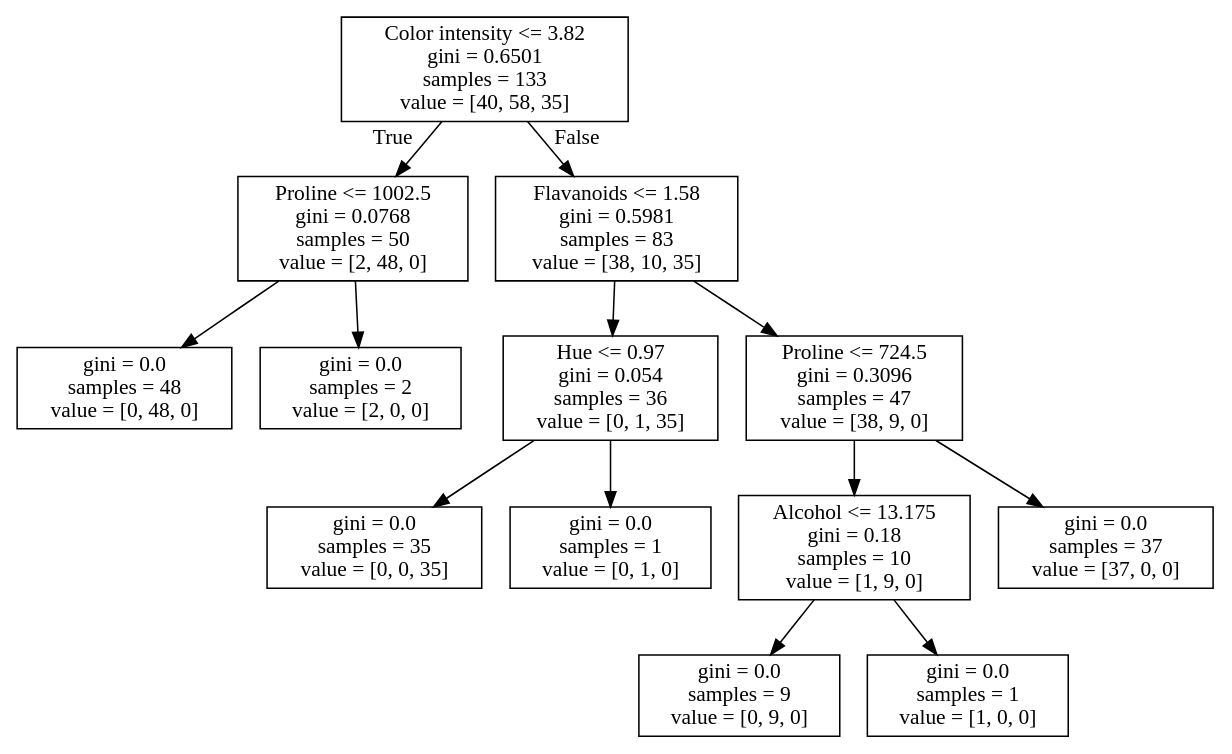
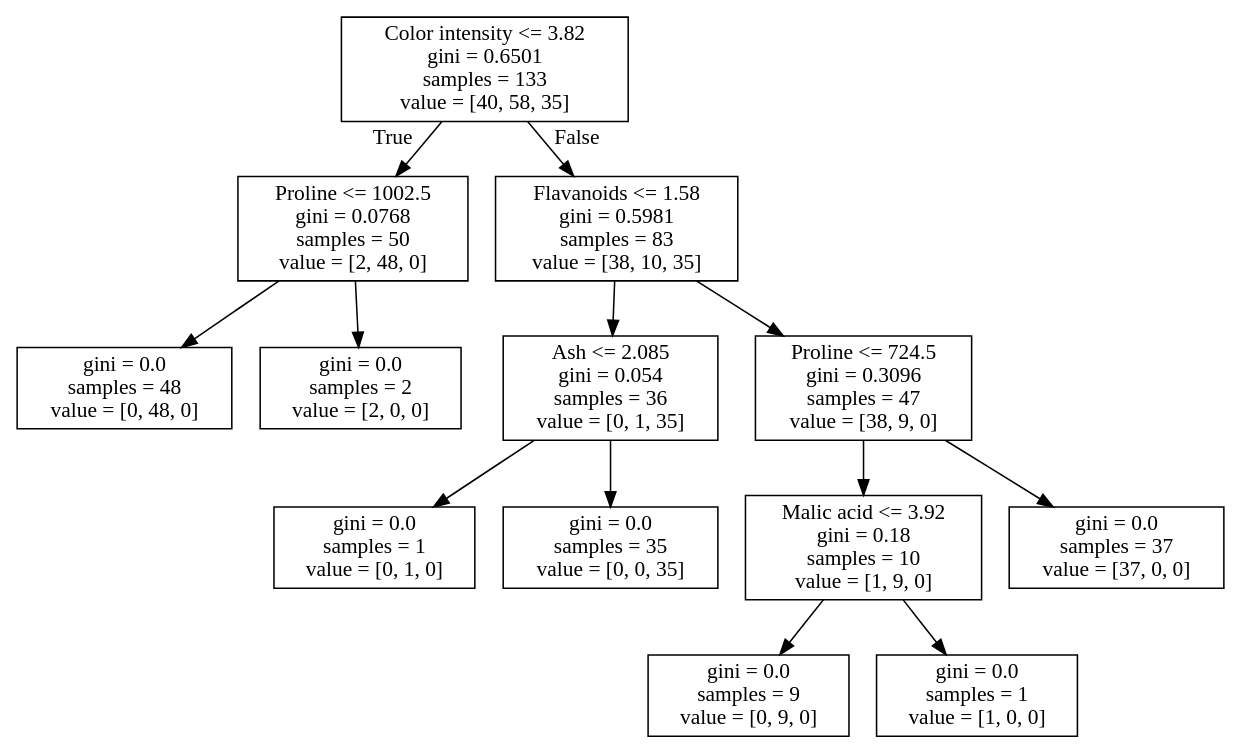
The diagram in IPynb/workfile.dot (AnilKumarTeegala/DSE220_Machine_Learning), drawn with Graphviz before and after one commit. The commit also changed 7 other files, not shown here.

```diff
--- a/IPynb/workfile.dot
+++ b/IPynb/workfile.dot
@@ -1,28 +1,28 @@
 digraph Tree {
 node [shape=box] ;
 0 [label="Color intensity <= 3.82\ngini = 0.6501\nsamples = 133\nvalue = [40, 58, 35]"] ;
 1 [label="Proline <= 1002.5\ngini = 0.0768\nsamples = 50\nvalue = [2, 48, 0]"] ;
 0 -> 1 [labeldistance=2.5, labelangle=45, headlabel="True"] ;
 2 [label="gini = 0.0\nsamples = 48\nvalue = [0, 48, 0]"] ;
 1 -> 2 ;
 3 [label="gini = 0.0\nsamples = 2\nvalue = [2, 0, 0]"] ;
 1 -> 3 ;
 4 [label="Flavanoids <= 1.58\ngini = 0.5981\nsamples = 83\nvalue = [38, 10, 35]"] ;
 0 -> 4 [labeldistance=2.5, labelangle=-45, headlabel="False"] ;
-5 [label="Hue <= 0.97\ngini = 0.054\nsamples = 36\nvalue = [0, 1, 35]"] ;
+5 [label="Ash <= 2.085\ngini = 0.054\nsamples = 36\nvalue = [0, 1, 35]"] ;
 4 -> 5 ;
-6 [label="gini = 0.0\nsamples = 35\nvalue = [0, 0, 35]"] ;
+6 [label="gini = 0.0\nsamples = 1\nvalue = [0, 1, 0]"] ;
 5 -> 6 ;
-7 [label="gini = 0.0\nsamples = 1\nvalue = [0, 1, 0]"] ;
+7 [label="gini = 0.0\nsamples = 35\nvalue = [0, 0, 35]"] ;
 5 -> 7 ;
 8 [label="Proline <= 724.5\ngini = 0.3096\nsamples = 47\nvalue = [38, 9, 0]"] ;
 4 -> 8 ;
-9 [label="Alcohol <= 13.175\ngini = 0.18\nsamples = 10\nvalue = [1, 9, 0]"] ;
+9 [label="Malic acid <= 3.92\ngini = 0.18\nsamples = 10\nvalue = [1, 9, 0]"] ;
 8 -> 9 ;
 10 [label="gini = 0.0\nsamples = 9\nvalue = [0, 9, 0]"] ;
 9 -> 10 ;
 11 [label="gini = 0.0\nsamples = 1\nvalue = [1, 0, 0]"] ;
 9 -> 11 ;
 12 [label="gini = 0.0\nsamples = 37\nvalue = [37, 0, 0]"] ;
 8 -> 12 ;
 }
```
